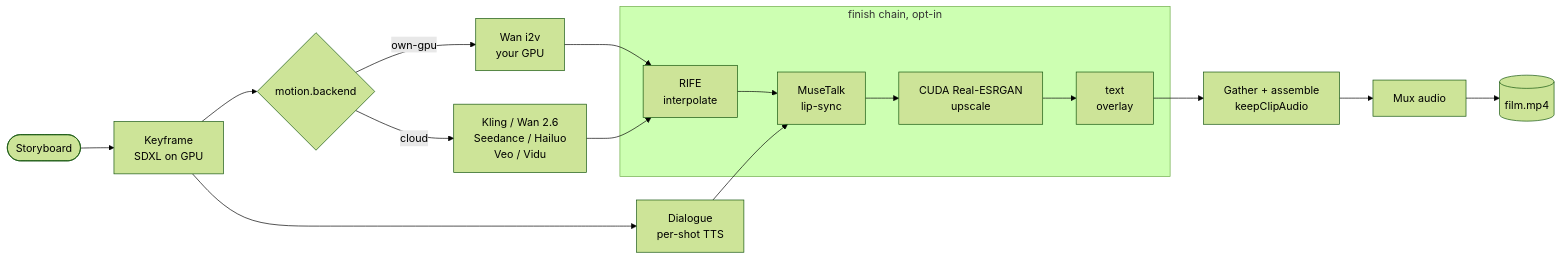
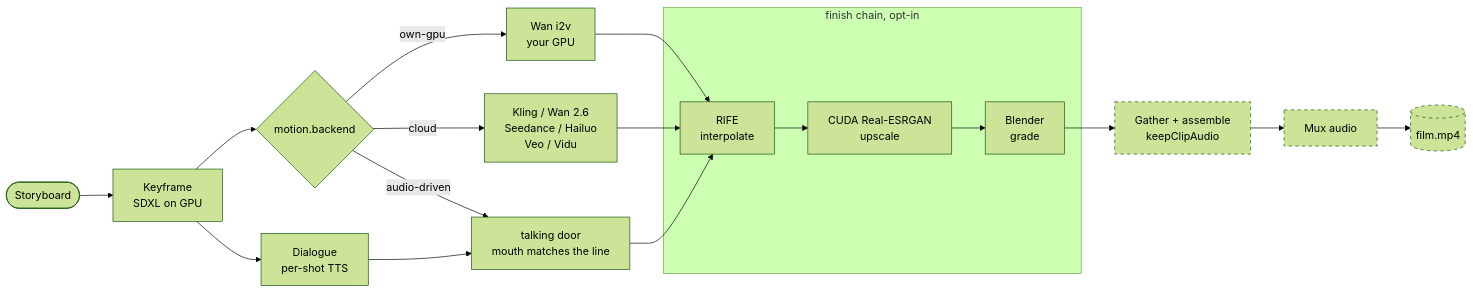
The second of 2 diagrams in README.md (skyphusion-labs/vivijure), drawn with Mermaid (forest theme) before and after one commit. The commit also changed other lines of this file and 4 other files, not shown here.

````diff
--- a/README.md
+++ b/README.md
@@ -151,16 +162,22 @@
 ```mermaid
 flowchart LR
   SB([Storyboard]) --> KF[Keyframe<br/>SDXL on GPU]
   KF --> DLG[Dialogue<br/>per-shot TTS]
   KF --> MB{motion.backend}
   MB -->|own-gpu| WAN[Wan i2v<br/>your GPU]
   MB -->|cloud| CLD[Kling / Wan 2.6<br/>Seedance / Hailuo<br/>Veo / Vidu]
+  MB -->|audio-driven| TALK[talking door<br/>mouth matches the line]
+  DLG --> TALK
   WAN --> RIFE
   CLD --> RIFE
+  TALK --> RIFE
   subgraph FIN [finish chain, opt-in]
-    RIFE[RIFE<br/>interpolate] --> LS[MuseTalk<br/>lip-sync] --> UP[CUDA Real-ESRGAN<br/>upscale] --> OV[text<br/>overlay]
+    RIFE[RIFE<br/>interpolate] --> UP[CUDA Real-ESRGAN<br/>upscale] --> GR[Blender<br/>grade]
   end
-  DLG --> LS
-  OV --> ASM[Gather + assemble<br/>keepClipAudio]
+  GR --> ASM[Gather + assemble<br/>keepClipAudio]
   ASM --> MUX[Mux audio] --> FILM[(film.mp4)]
+  ASM:::notyet
+  MUX:::notyet
+  FILM:::notyet
+  classDef notyet stroke-dasharray: 5 5
 ```
````
